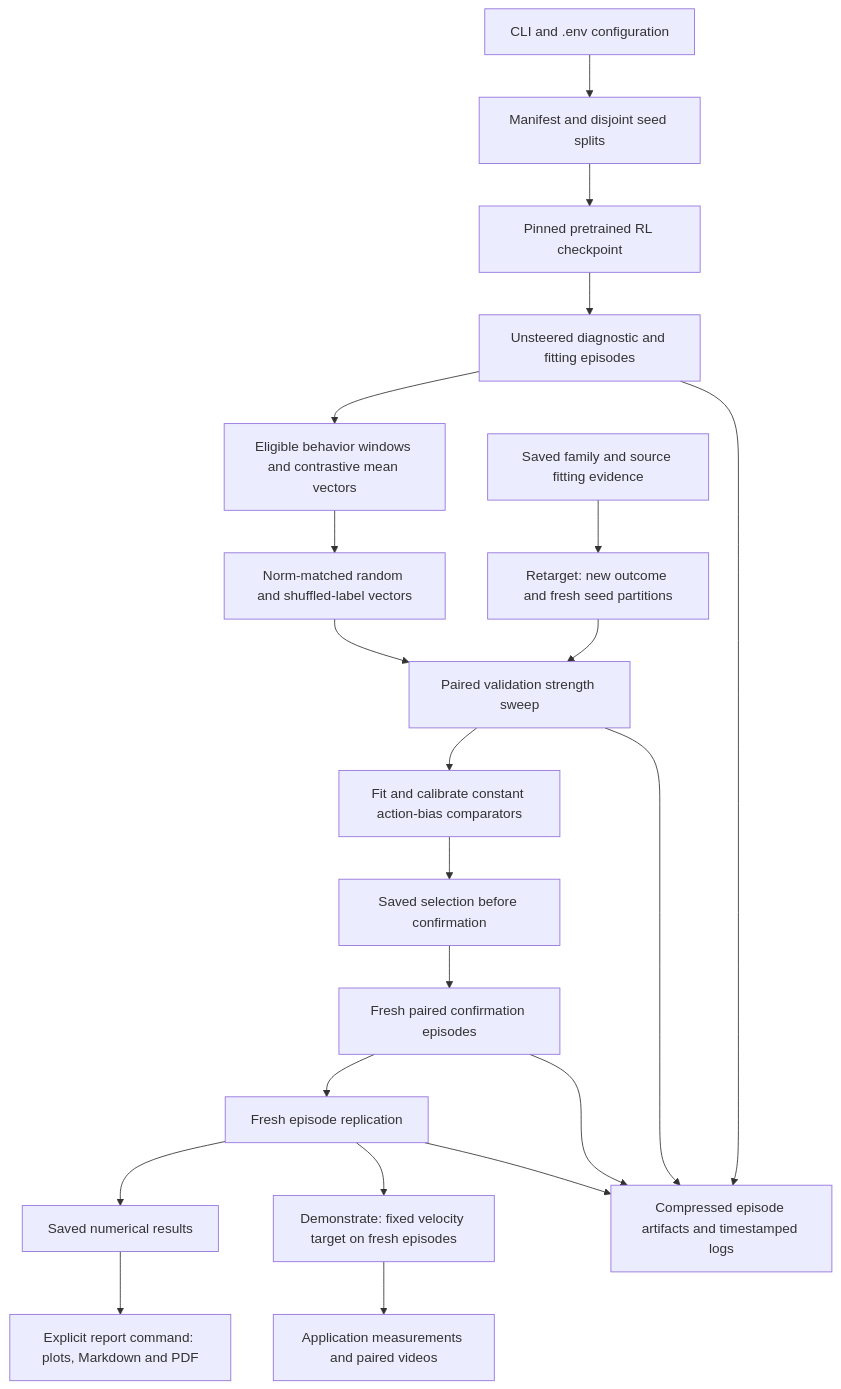
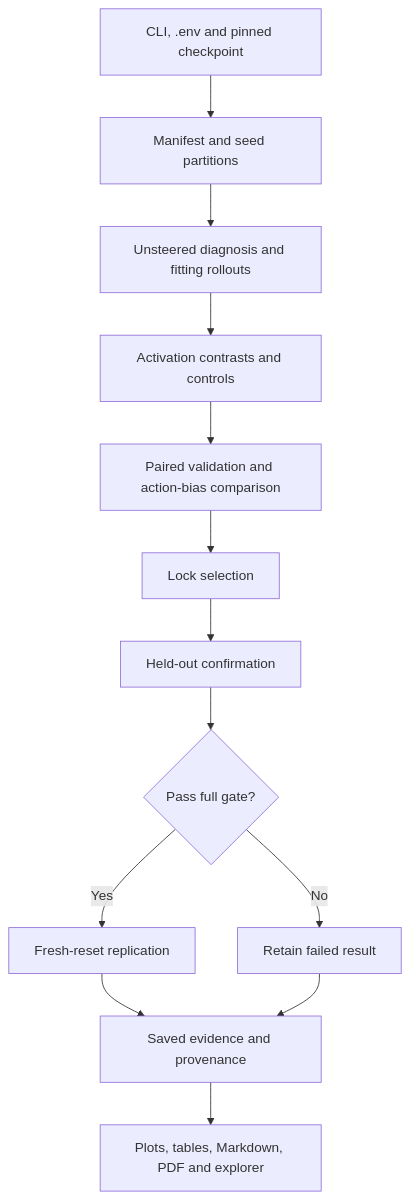
Before and after one commit to BurnyCoder/reinforcement-learning-locomotion-steering-vectors: the diagram in README.md, drawn with Mermaid. The commit also changed other lines of this file and 9 other files, not shown here.

````diff
--- a/README.md
+++ b/README.md
@@ -91,23 +78,15 @@
 ```mermaid
 flowchart TD
-    CLI[CLI and .env configuration] --> PLAN[Manifest and disjoint seed splits]
-    PLAN --> LOAD[Pinned pretrained RL checkpoint]
-    LOAD --> BASE[Unsteered diagnostic and fitting episodes]
-    BASE --> FIT[Eligible behavior windows and contrastive mean vectors]
-    FIT --> CONTROLS[Norm-matched random and shuffled-label vectors]
-    CONTROLS --> VALIDATE[Paired validation strength sweep]
-    VALIDATE --> BIAS[Fit and calibrate constant action-bias comparators]
-    BIAS --> LOCK[Saved selection before confirmation]
-    LOCK --> CONFIRM[Fresh paired confirmation episodes]
-    CONFIRM --> REPLICATE[Fresh episode replication]
-    REPLICATE --> RESULTS[Saved numerical results]
-    RESULTS --> REPORT[Explicit report command: plots, Markdown and PDF]
-    SOURCE[Saved family and source fitting evidence] --> RETARGET[Retarget: new outcome and fresh seed partitions]
-    RETARGET --> VALIDATE
-    REPLICATE --> DEMO[Demonstrate: fixed velocity target on fresh episodes]
-    DEMO --> MEDIA[Application measurements and paired videos]
-    BASE --> STORE[Compressed episode artifacts and timestamped logs]
-    VALIDATE --> STORE
-    CONFIRM --> STORE
-    REPLICATE --> STORE
+    CONFIG[CLI, .env and pinned checkpoint] --> SPLITS[Manifest and seed partitions]
+    SPLITS --> FIT[Unsteered diagnosis and fitting rollouts]
+    FIT --> VECTORS[Activation contrasts and controls]
+    VECTORS --> VALIDATE[Paired validation and action-bias comparison]
+    VALIDATE --> LOCK[Lock selection]
+    LOCK --> CONFIRM[Held-out confirmation]
+    CONFIRM --> GATE{Pass full gate?}
+    GATE -->|Yes| REPLICATE[Fresh-reset replication]
+    GATE -->|No| NEGATIVE[Retain failed result]
+    REPLICATE --> RESULTS[Saved evidence and provenance]
+    NEGATIVE --> RESULTS
+    RESULTS --> REPORT[Plots, tables, Markdown, PDF and explorer]
 ```
````
